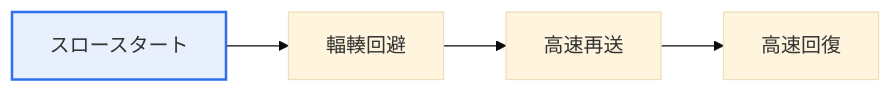
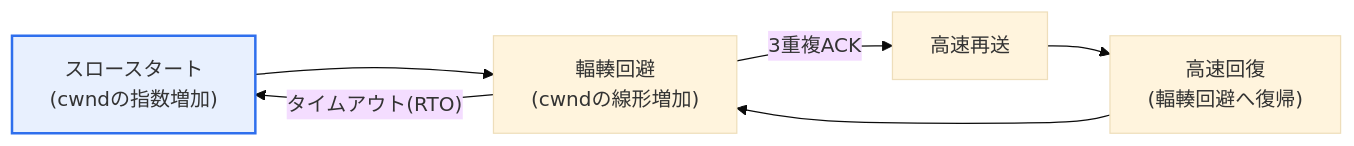
One commit to coninggu/wjdqhrhksflrltnftk changed the first of 2 diagrams in content/ja/tcp-congestion-control.md. Above: the diagram before and after it, drawn with Mermaid (base theme). The commit also changed other lines of this file and 37 other files, not shown here.

````diff
--- a/content/ja/tcp-congestion-control.md
+++ b/content/ja/tcp-congestion-control.md
@@ -15,5 +26,9 @@
 ```mermaid
 flowchart LR
-  A[スロースタート] --> B[輻輳回避] --> C[高速再送] --> D[高速回復]
+  A["スロースタート<br/>(cwndの指数増加)"] --> B["輻輳回避<br/>(cwndの線形増加)"]
+  B -->|"3重複ACK"| C["高速再送"]
+  C --> D["高速回復<br/>(輻輳回避へ復帰)"]
+  D --> B
+  B -->|"タイムアウト(RTO)"| A
   style A fill:#e8f0fe,stroke:#2f6fed,stroke-width:2px
 ```
````
